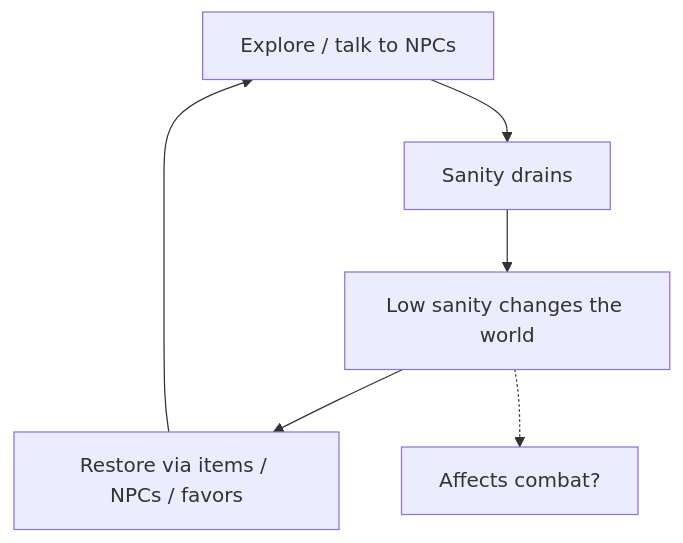
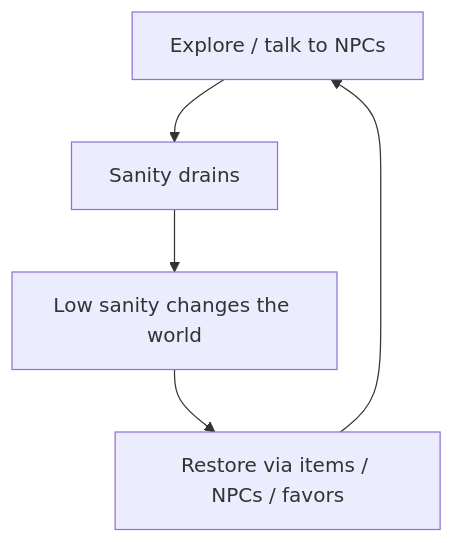
The diagram in content/long term celcit pixie horror game/FDD.md (sintutiers/nexus), drawn with Mermaid before and after one commit. The commit also changed other lines of this file and 1 other file, not shown here.

````diff
--- a/content/long term celcit pixie horror game/FDD.md
+++ b/content/long term celcit pixie horror game/FDD.md
@@ -128,8 +124,7 @@
 ```mermaid
 flowchart TD
 	A[Explore / talk to NPCs] --> B[Sanity drains]
 	B --> C[Low sanity changes the world]
 	C --> D[Restore via items / NPCs / favors]
 	D --> A
-	C -.-> E[Affects combat?]
 ```
````
